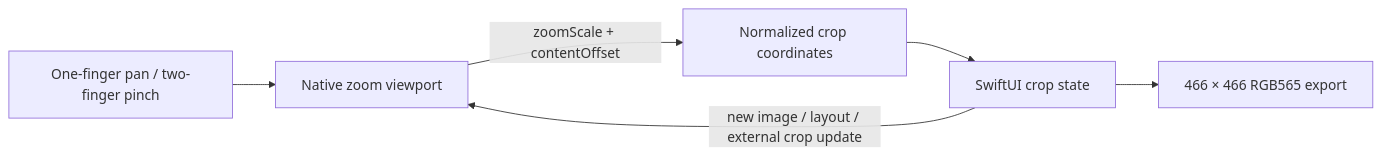
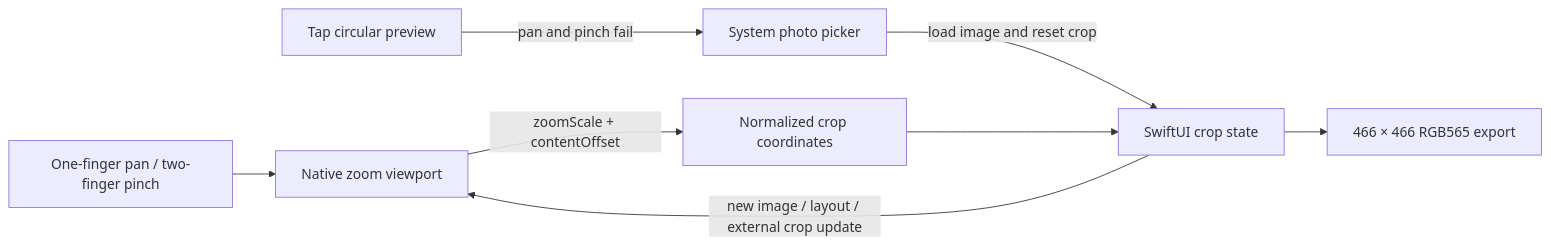
The diagram in ios/README.md (Micro66/InfiniTime), drawn with Mermaid before and after one commit. The commit also changed other lines of this file and 3 other files, not shown here.

Commit message:
Open photo picker by tapping circular crop preview

````diff
--- a/ios/README.md
+++ b/ios/README.md
@@ -76,8 +81,10 @@
 ```mermaid
 flowchart LR
     Fingers[One-finger pan / two-finger pinch] --> Viewport[Native zoom viewport]
+    Tap[Tap circular preview] -->|pan and pinch fail| Picker[System photo picker]
+    Picker -->|load image and reset crop| State
     Viewport -->|zoomScale + contentOffset| Geometry[Normalized crop coordinates]
     Geometry --> State[SwiftUI crop state]
     State --> Render[466 × 466 RGB565 export]
     State -->|new image / layout / external crop update| Viewport
 ```
````
